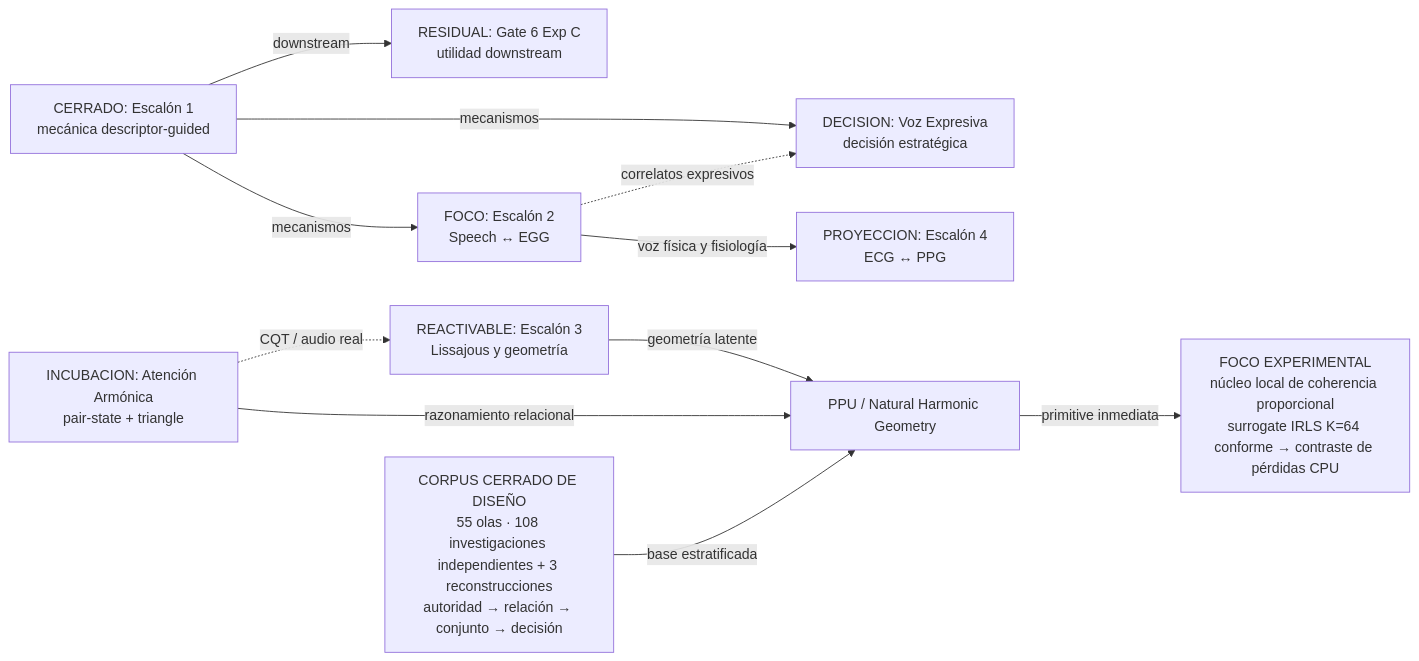
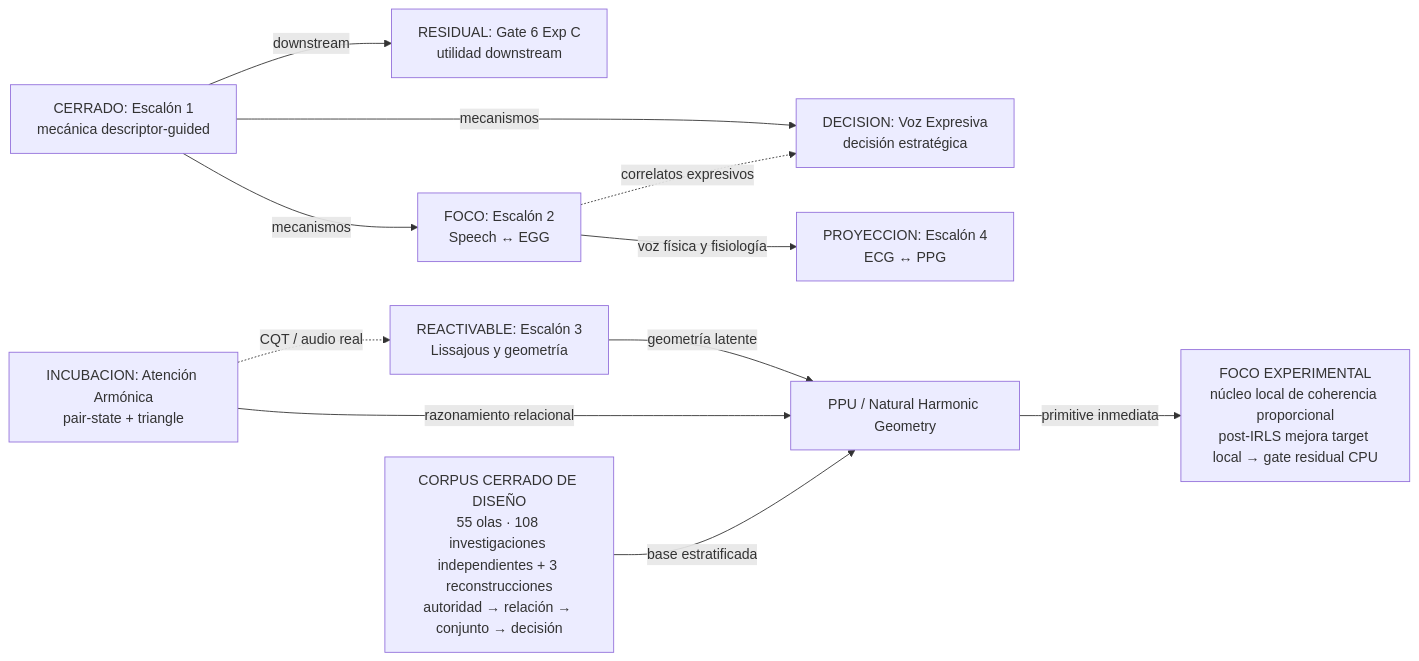
One commit to Mar-IA-no/Phideus changed the first of 2 diagrams in Documents/05_WIKI/MAPA_VISUAL_DEL_PROGRAMA.md. Above: the diagram before and after it, drawn with Mermaid. The commit also changed other lines of this file and 10 other files, not shown here.

Commit message:
docs: record post-IRLS loss contrast

````diff
--- a/Documents/05_WIKI/MAPA_VISUAL_DEL_PROGRAMA.md
+++ b/Documents/05_WIKI/MAPA_VISUAL_DEL_PROGRAMA.md
@@ -41,24 +42,24 @@
 ```mermaid
 flowchart LR
     E1["CERRADO: Escalón 1<br/>mecánica descriptor-guided"]
     G6["RESIDUAL: Gate 6 Exp C<br/>utilidad downstream"]
     E2["FOCO: Escalón 2<br/>Speech ↔ EGG"]
     VE["DECISION: Voz Expresiva<br/>decisión estratégica"]
     E3["REACTIVABLE: Escalón 3<br/>Lissajous y geometría"]
     AA["INCUBACION: Atención Armónica<br/>pair-state + triangle"]
     E4["PROYECCION: Escalón 4<br/>ECG ↔ PPG"]
     PPU["PPU / Natural Harmonic Geometry"]
     GT["CORPUS CERRADO DE DISEÑO<br/>55 olas · 108 investigaciones independientes + 3 reconstrucciones<br/>autoridad → relación → conjunto → decisión"]
-    NCP["FOCO EXPERIMENTAL<br/>núcleo local de coherencia proporcional<br/>surrogate IRLS K=64 conforme → contraste de pérdidas CPU"]
+    NCP["FOCO EXPERIMENTAL<br/>núcleo local de coherencia proporcional<br/>post-IRLS mejora target local → gate residual CPU"]
 
     E1 -->|mecanismos| E2
     E1 -->|mecanismos| VE
     E1 -->|downstream| G6
     E2 -->|voz física y fisiología| E4
     E2 -.->|correlatos expresivos| VE
     E3 -->|geometría latente| PPU
     AA -->|razonamiento relacional| PPU
     GT -->|base estratificada| PPU
     PPU -->|primitive inmediata| NCP
     AA -.->|CQT / audio real| E3
 ```
````
